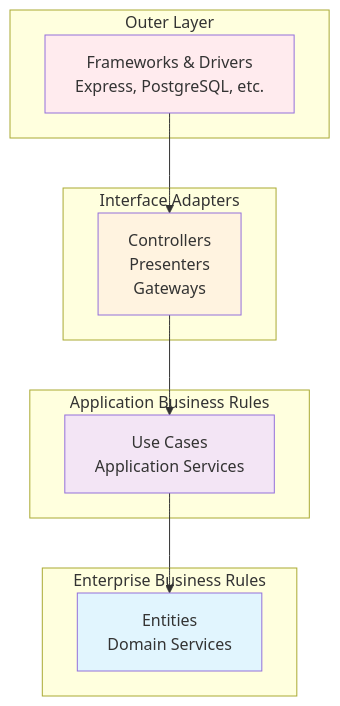
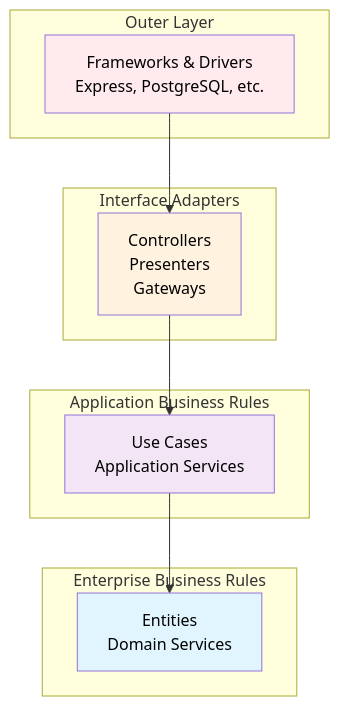
Before and after one commit to mathieusouflis/HETIC-projet-cinema: the diagram in apps/documentation/api/architecture/clean-architecture.md, drawn with Mermaid. The commit also changed other lines of this file and 20 other files, not shown here.

````diff
--- a/apps/documentation/api/architecture/clean-architecture.md
+++ b/apps/documentation/api/architecture/clean-architecture.md
@@ -24,27 +26,31 @@
 ```mermaid
 graph TB
     subgraph "Outer Layer"
         A[Frameworks & Drivers<br/>Express, PostgreSQL, etc.]
     end
     
     subgraph "Interface Adapters"
         B[Controllers<br/>Presenters<br/>Gateways]
     end
     
     subgraph "Application Business Rules"
         C[Use Cases<br/>Application Services]
     end
     
     subgraph "Enterprise Business Rules"
         D[Entities<br/>Domain Services]
     end
     
     A --> B
     B --> C
     C --> D
     
     style D fill:#e1f5fe
+    style D color:black
     style C fill:#f3e5f5
+    style C color:black
     style B fill:#fff3e0
+    style B color:black
     style A fill:#ffebee
+    style A color:black
 ```
````
